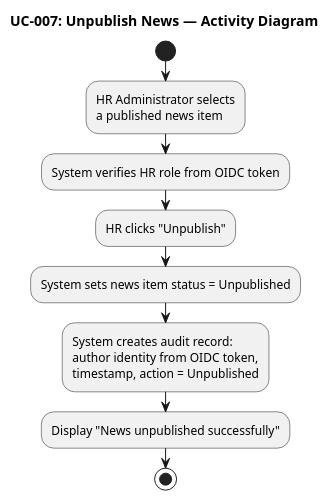
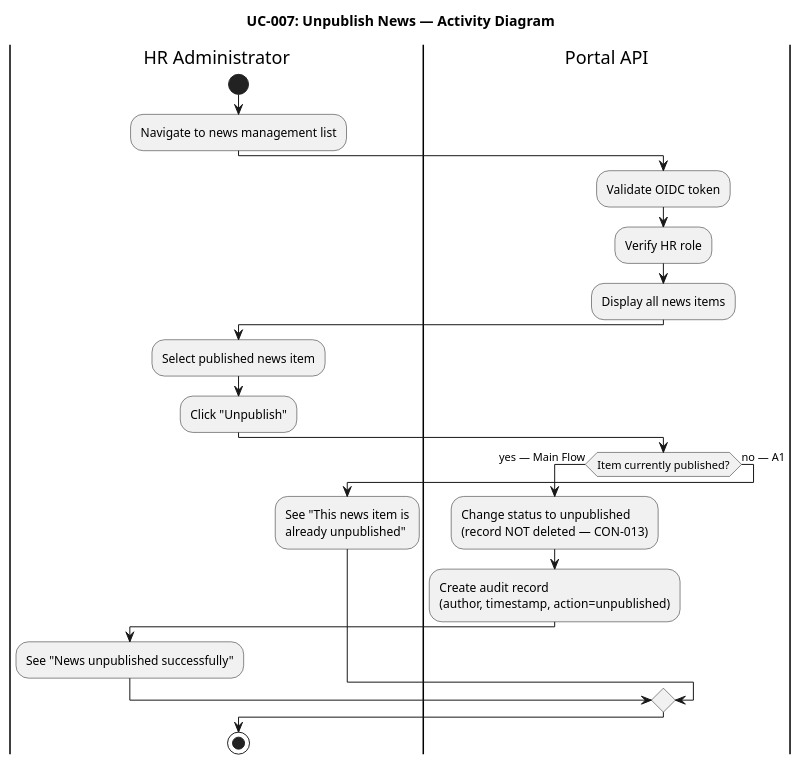
The ninth of 13 diagrams in docs/artifacts/requirements/use-case-model.md (banense-test/portal-cuba-corp), drawn with PlantUML before and after one commit. The commit also changed other lines of this file, not shown here.

````diff
--- a/docs/artifacts/requirements/use-case-model.md
+++ b/docs/artifacts/requirements/use-case-model.md
@@ -472,17 +536,27 @@
 ```plantuml
 @startuml
 title UC-007: Unpublish News — Activity Diagram
 
+|HR Administrator|
 start
-:HR Administrator selects
-a published news item;
-:System verifies HR role from OIDC token;
-:HR clicks "Unpublish";
-:System sets news item status = Unpublished;
-:System creates audit record:
-author identity from OIDC token,
-timestamp, action = Unpublished;
-:Display "News unpublished successfully";
+:Navigate to news management list;
+|Portal API|
+:Validate OIDC token;
+:Verify HR role;
+:Display all news items;
+|HR Administrator|
+:Select published news item;
+:Click "Unpublish";
+|Portal API|
+if (Item currently published?) then (yes — Main Flow)
+  :Change status to unpublished\n(record NOT deleted — CON-013);
+  :Create audit record\n(author, timestamp, action=unpublished);
+  |HR Administrator|
+  :See "News unpublished successfully";
+else (no — A1)
+  |HR Administrator|
+  :See "This news item is\nalready unpublished";
+endif
 stop
 @enduml
 ```
````
